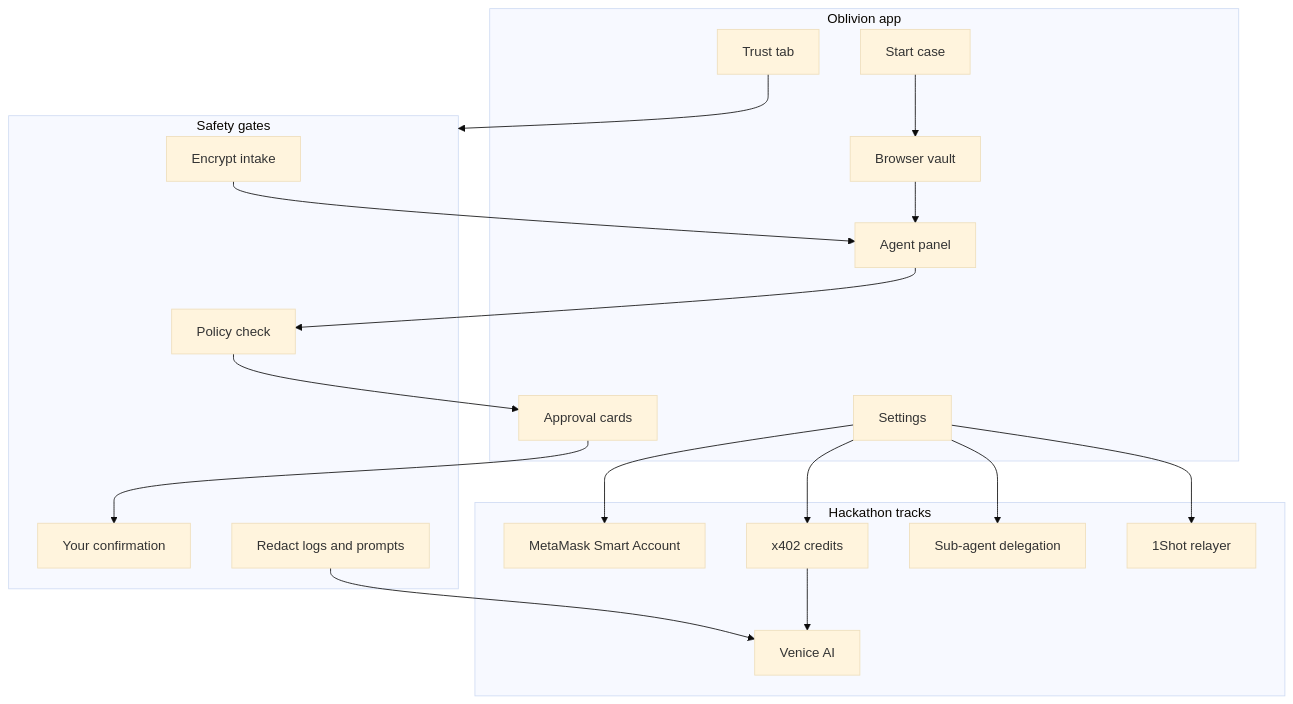
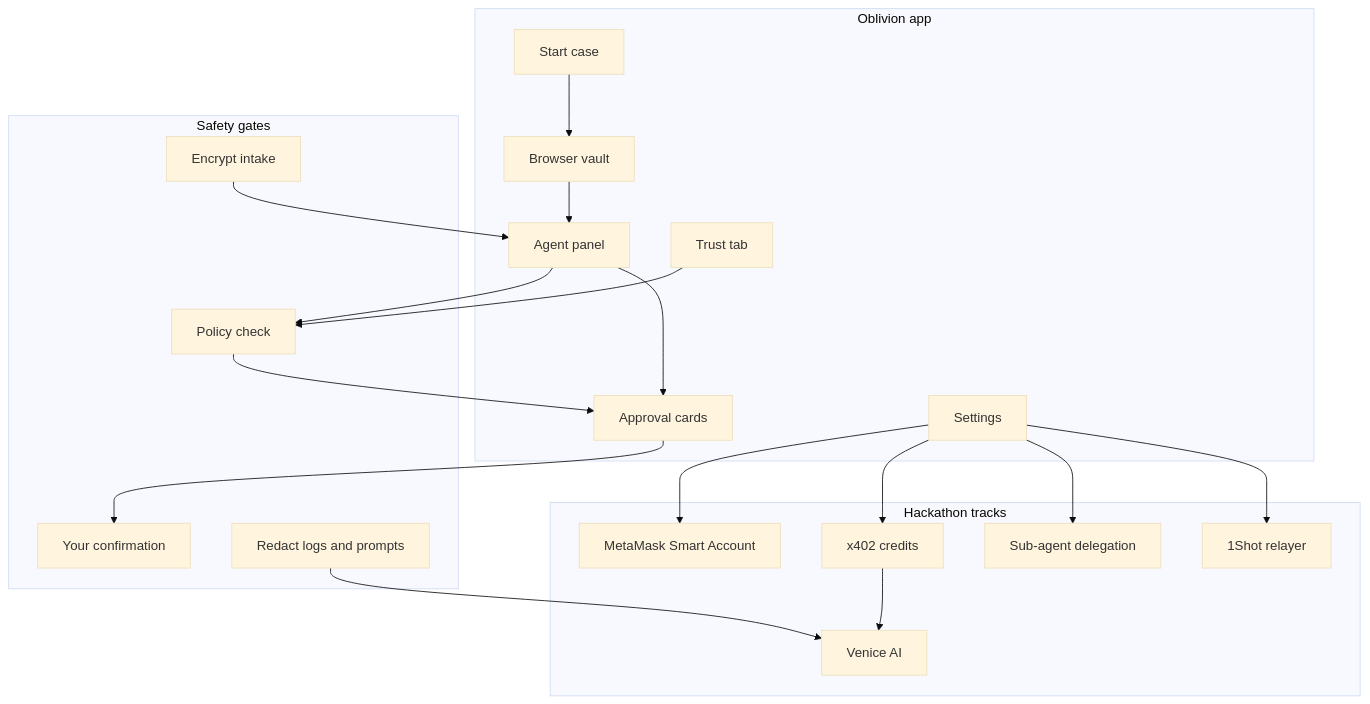
Before and after one commit to thomasjvu/oblivion: the first of 2 diagrams in docs/src/docs/content/developers/hackathon-demo.md, drawn with Mermaid (base theme). The commit also changed 19 other files, not shown here.

First line of the commit message:
docs: code-block footer path, spin ring, readable mermaid diagrams

````diff
--- a/docs/src/docs/content/developers/hackathon-demo.md
+++ b/docs/src/docs/content/developers/hackathon-demo.md
@@ -5,36 +5,33 @@
 ```mermaid
 flowchart TB
   subgraph UI["Oblivion app"]
-    Start[Start case]
-    Vault[Browser vault]
-    Agent[Agent panel]
-    Approvals[Approval cards]
+    Start[Start case] --> Vault[Browser vault] --> Agent[Agent panel]
+    Agent --> Approvals[Approval cards]
     Settings[Settings]
     Trust[Trust tab]
   end
 
   subgraph Gates["Safety gates"]
     Encrypt[Encrypt intake]
     Policy[Policy check]
     Confirm[Your confirmation]
     Redact[Redact logs and prompts]
   end
 
   subgraph Integrations["Hackathon tracks"]
     Wallet[MetaMask Smart Account]
     Pay[x402 credits]
     Venice[Venice AI]
     Agents[Sub-agent delegation]
     Relay[1Shot relayer]
   end
 
-  Start --> Vault --> Agent
+  Encrypt --> Agent
   Agent --> Policy --> Approvals --> Confirm
-  Encrypt --> Agent
   Redact --> Venice
   Settings --> Wallet
   Settings --> Pay --> Venice
   Settings --> Agents
   Settings --> Relay
-  Trust --> Gates
+  Trust --> Policy
 ```
````
